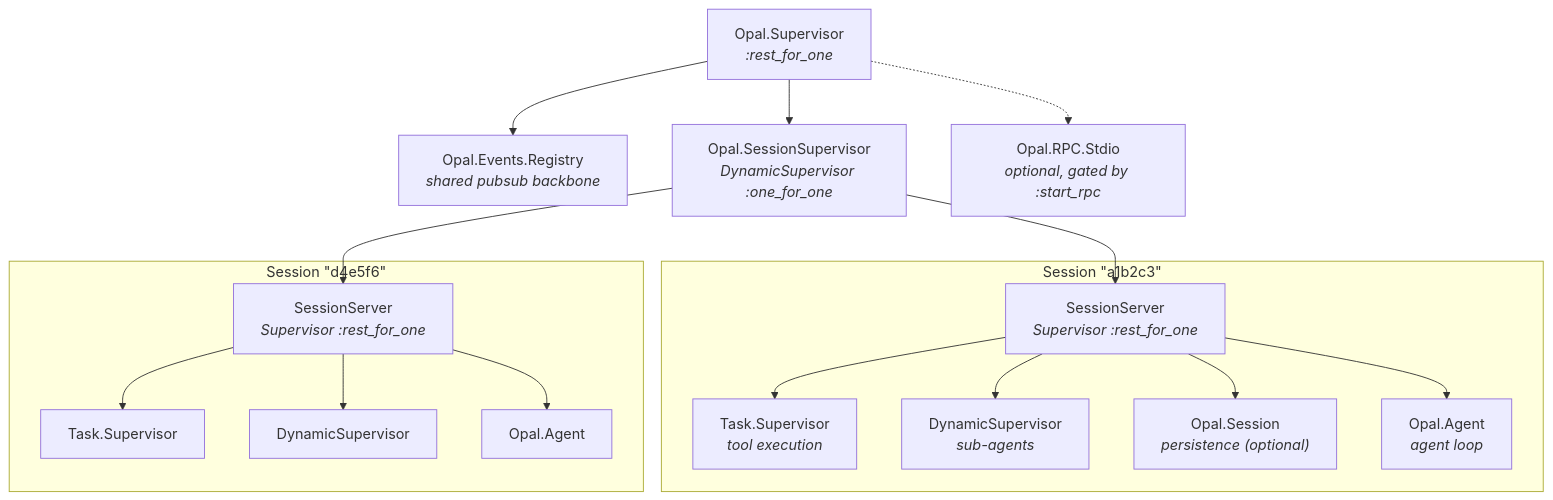
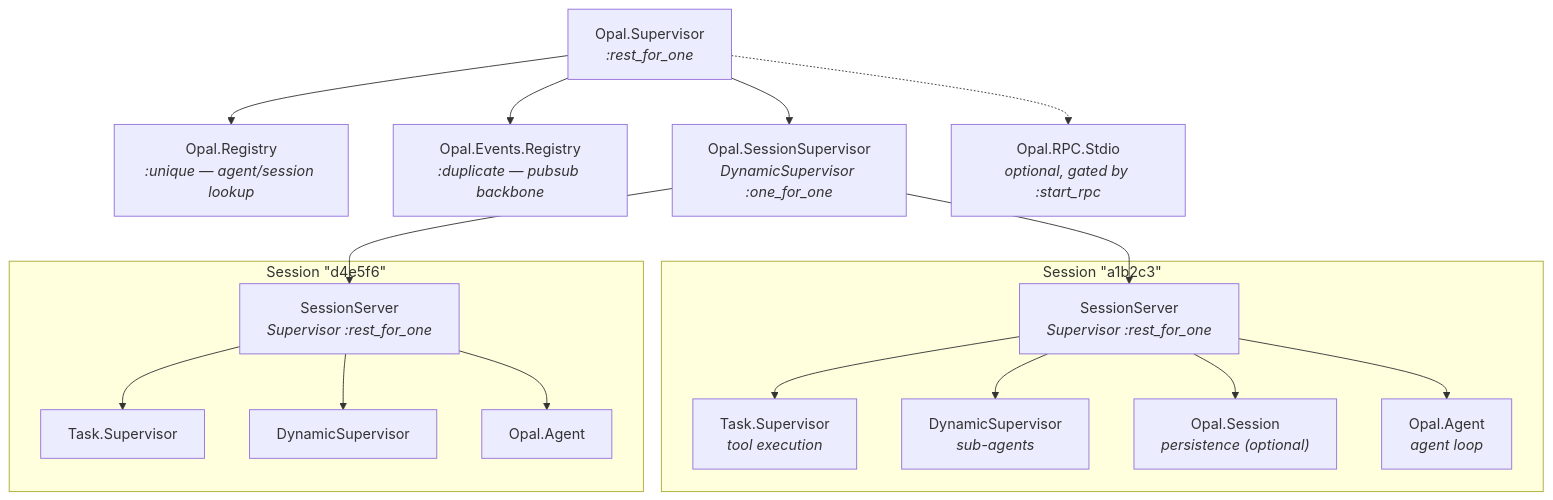
Before and after one commit to matteing/opal: the first of 10 diagrams in docs/supervision.md, drawn with Mermaid. The commit also changed other lines of this file and 20 other files, not shown here.

````diff
--- a/docs/supervision.md
+++ b/docs/supervision.md
@@ -13,36 +13,38 @@
 ```mermaid
 graph TD
     OpalSup["Opal.Supervisor<br/><i>:rest_for_one</i>"]
-    Registry["Opal.Events.Registry<br/><i>shared pubsub backbone</i>"]
+    AgentRegistry["Opal.Registry<br/><i>:unique — agent/session lookup</i>"]
+    Registry["Opal.Events.Registry<br/><i>:duplicate — pubsub backbone</i>"]
     SessionSup["Opal.SessionSupervisor<br/><i>DynamicSupervisor :one_for_one</i>"]
     Stdio["Opal.RPC.Stdio<br/><i>optional, gated by :start_rpc</i>"]
 
+    OpalSup --> AgentRegistry
     OpalSup --> Registry
     OpalSup --> SessionSup
     OpalSup -.-> Stdio
 
     subgraph session_a["Session &quot;a1b2c3&quot;"]
         SSA["SessionServer<br/><i>Supervisor :rest_for_one</i>"]
         TSA["Task.Supervisor<br/><i>tool execution</i>"]
         DSA["DynamicSupervisor<br/><i>sub-agents</i>"]
         SesA["Opal.Session<br/><i>persistence (optional)</i>"]
         AgentA["Opal.Agent<br/><i>agent loop</i>"]
         SSA --> TSA
         SSA --> DSA
         SSA --> SesA
         SSA --> AgentA
     end
 
     subgraph session_b["Session &quot;d4e5f6&quot;"]
         SSB["SessionServer<br/><i>Supervisor :rest_for_one</i>"]
         TSB["Task.Supervisor"]
         DSB["DynamicSupervisor"]
         AgentB["Opal.Agent"]
         SSB --> TSB
         SSB --> DSB
         SSB --> AgentB
     end
 
     SessionSup --> SSA
     SessionSup --> SSB
 ```
````
